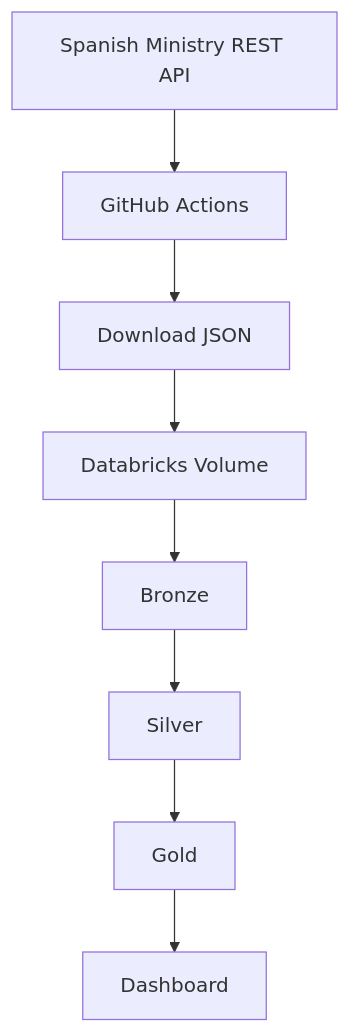
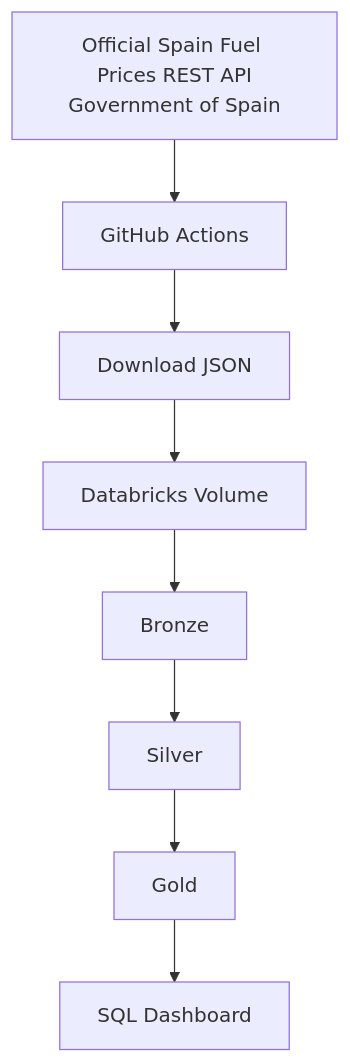
One commit to monroymarco/spain-fuel-prices-lakehouse-pipeline changed the first of 3 diagrams in README.md. Above: the diagram before and after it, drawn with Mermaid. The commit also changed other lines of this file and 2 other files, not shown here.

````diff
--- a/README.md
+++ b/README.md
@@ -137,19 +49,20 @@
 ```mermaid
 flowchart TD
-    A[Spanish Ministry REST API]
+
+    A[Official Spain Fuel Prices REST API<br/>Government of Spain]
     B[GitHub Actions]
     C[Download JSON]
     D[Databricks Volume]
     E[Bronze]
     F[Silver]
     G[Gold]
-    H[Dashboard]
+    H[SQL Dashboard]
 
     A --> B
     B --> C
     C --> D
     D --> E
     E --> F
     F --> G
     G --> H
 ```
````
